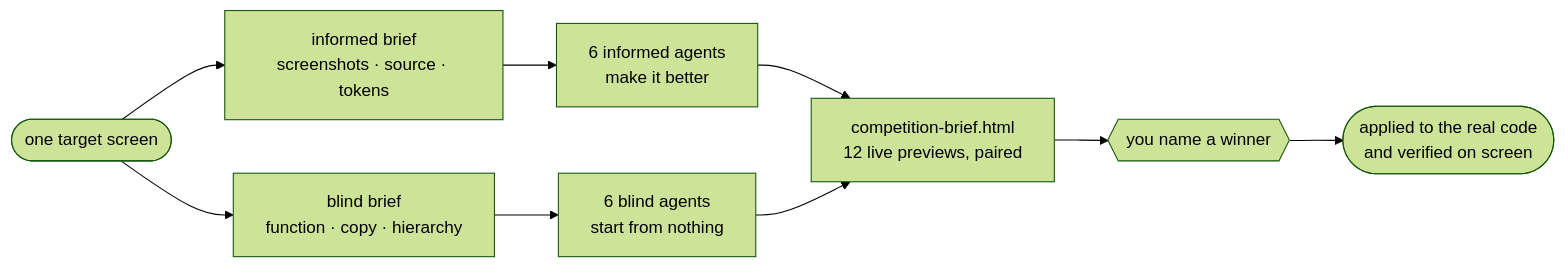
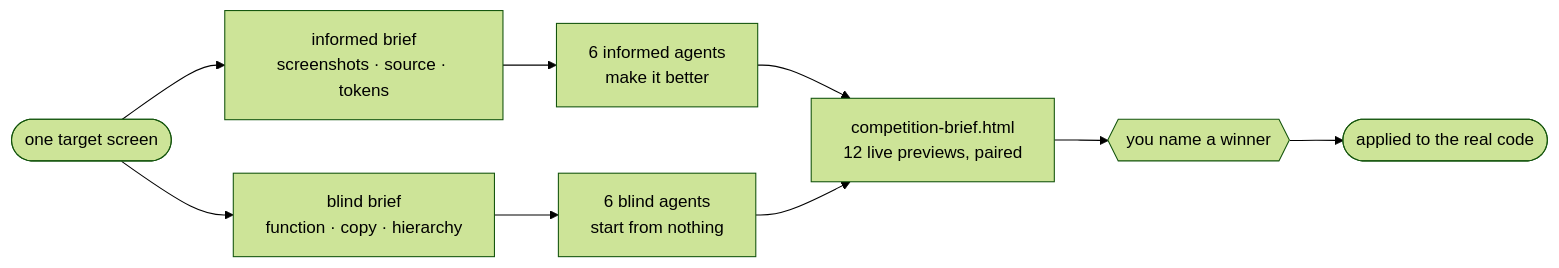
One commit to TalEps77/design-arena changed the diagram in README.md. Above: the diagram before and after it, drawn with Mermaid (forest theme). The commit also changed other lines of this file, not shown here.

````diff
--- a/README.md
+++ b/README.md
@@ -29,11 +21,11 @@
 ```mermaid
 flowchart LR
     S(["one target screen"]) --> I["informed brief<br/>screenshots · source · tokens"]
     S --> B["blind brief<br/>function · copy · hierarchy"]
     I --> IA["6 informed agents<br/>make it better"]
     B --> BA["6 blind agents<br/>start from nothing"]
     IA --> G["competition-brief.html<br/>12 live previews, paired"]
     BA --> G
     G --> W{{"you name a winner"}}
-    W --> A(["applied to the real code<br/>and verified on screen"])
+    W --> A(["applied to the real code"])
 ```
````
